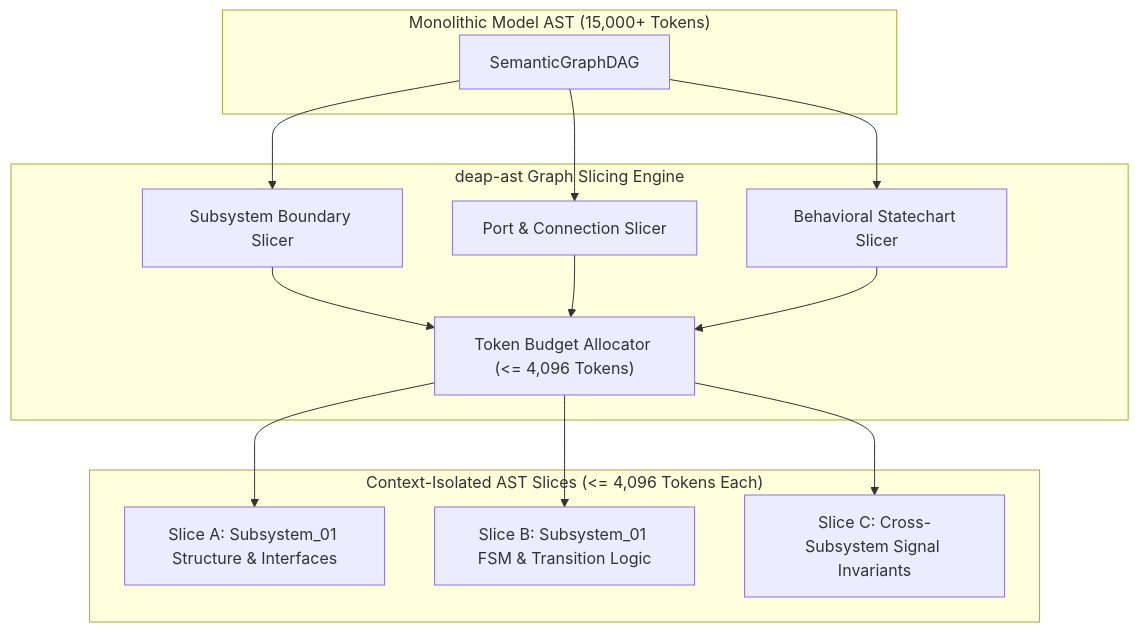
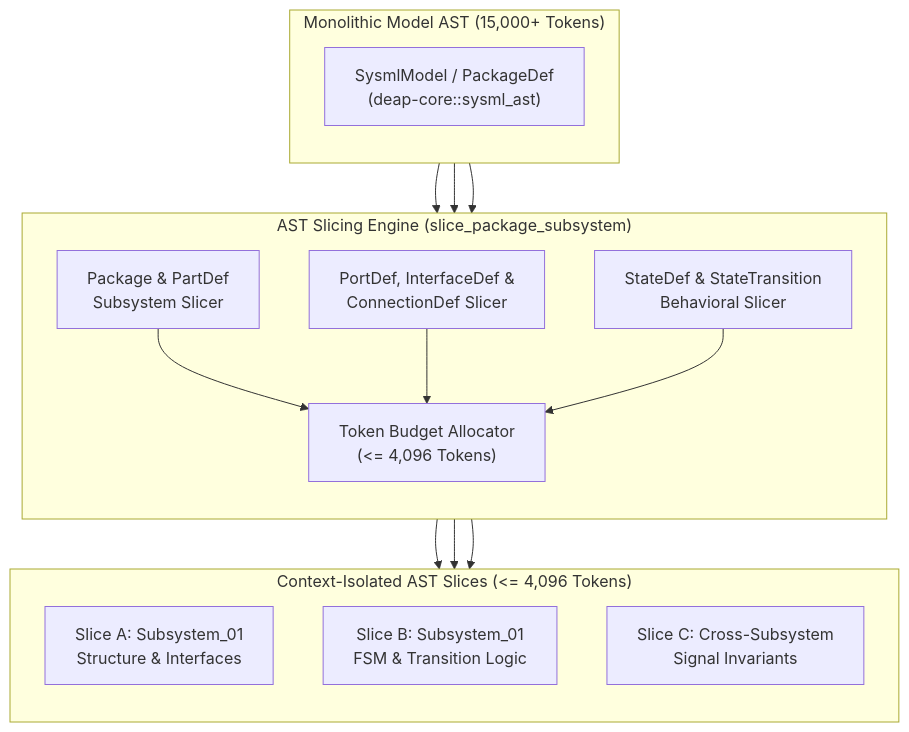
One commit to gintatkinson/DEAP01-spec-core changed the third of 8 diagrams in docs/architecture/blueprints/DEAP_SYSML_V2_INGESTION_ENGINE_BLUEPRINT.md. Above: the diagram before and after it, drawn with Mermaid. The commit also changed other lines of this file and 28 other files, not shown here.

Commit message:
feat(verify-baseline,deap-core,compile-sysml): implement Option C blueprint capabilities and Check 37 blueprint grounding gate

````diff
--- a/docs/architecture/blueprints/DEAP_SYSML_V2_INGESTION_ENGINE_BLUEPRINT.md
+++ b/docs/architecture/blueprints/DEAP_SYSML_V2_INGESTION_ENGINE_BLUEPRINT.md
@@ -191,23 +405,32 @@
 ```mermaid
 flowchart TD
     subgraph Monolithic_AST ["Monolithic Model AST (15,000+ Tokens)"]
-        Root_DAG["SemanticGraphDAG"]
+        direction TB
+        Root_AST["SysmlModel / PackageDef<br/>(deap-core::sysml_ast)"]
     end
 
-    subgraph Slicing_Engine ["deap-ast Graph Slicing Engine"]
-        Subsystem_Filter["Subsystem Boundary Slicer"]
-        Interface_Filter["Port & Connection Slicer"]
-        FSM_Filter["Behavioral Statechart Slicer"]
-        Token_Budget["Token Budget Allocator (<= 4,096 Tokens)"]
+    subgraph Slicing_Engine ["AST Slicing Engine (slice_package_subsystem)"]
+        direction TB
+        Subsystem_Filter["Package & PartDef<br/>Subsystem Slicer"]
+        Interface_Filter["PortDef, InterfaceDef &<br/>ConnectionDef Slicer"]
+        FSM_Filter["StateDef & StateTransition<br/>Behavioral Slicer"]
+        Token_Budget["Token Budget Allocator<br/>(<= 4,096 Tokens)"]
     end
 
-    subgraph Slices ["Context-Isolated AST Slices (<= 4,096 Tokens Each)"]
-        Slice_A["Slice A: Subsystem_01 Structure & Interfaces"]
-        Slice_B["Slice B: Subsystem_01 FSM & Transition Logic"]
-        Slice_C["Slice C: Cross-Subsystem Signal Invariants"]
+    subgraph Slices ["Context-Isolated AST Slices (<= 4,096 Tokens)"]
+        direction TB
+        Slice_A["Slice A: Subsystem_01<br/>Structure & Interfaces"]
+        Slice_B["Slice B: Subsystem_01<br/>FSM & Transition Logic"]
+        Slice_C["Slice C: Cross-Subsystem<br/>Signal Invariants"]
     end
 
-    Root_DAG --> Subsystem_Filter & Interface_Filter & FSM_Filter
-    Subsystem_Filter & Interface_Filter & FSM_Filter --> Token_Budget
-    Token_Budget --> Slice_A & Slice_B & Slice_C
+    Root_AST --> Subsystem_Filter
+    Root_AST --> Interface_Filter
+    Root_AST --> FSM_Filter
+    Subsystem_Filter --> Token_Budget
+    Interface_Filter --> Token_Budget
+    FSM_Filter --> Token_Budget
+    Token_Budget --> Slice_A
+    Token_Budget --> Slice_B
+    Token_Budget --> Slice_C
 ```
````
